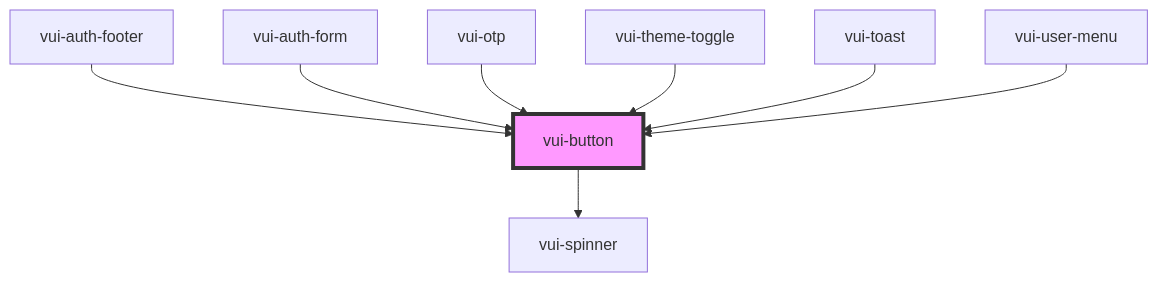
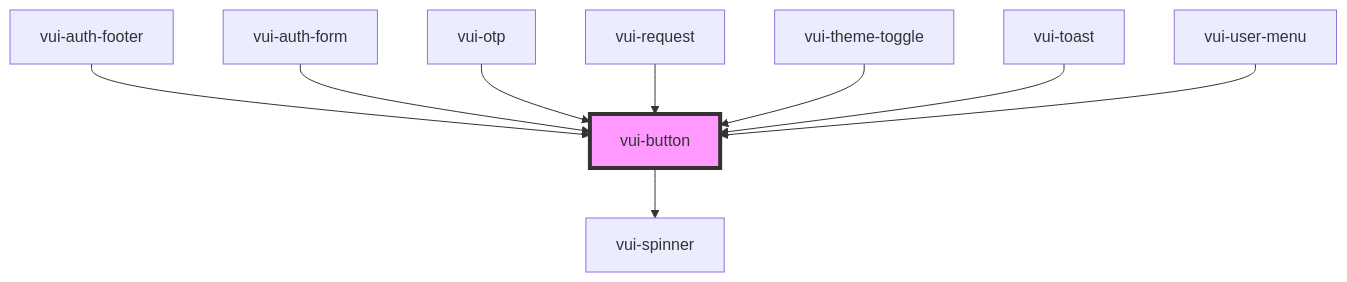
The diagram in packages/stencil-library/src/components/button/readme.md (verite-team/verite-elements), drawn with Mermaid before and after one commit. The commit also changed other lines of this file and 14 other files, not shown here.

````diff
--- a/packages/stencil-library/src/components/button/readme.md
+++ b/packages/stencil-library/src/components/button/readme.md
@@ -51,11 +52,12 @@
 ```mermaid
 graph TD;
   vui-button --> vui-spinner
   vui-auth-footer --> vui-button
   vui-auth-form --> vui-button
   vui-otp --> vui-button
+  vui-request --> vui-button
   vui-theme-toggle --> vui-button
   vui-toast --> vui-button
   vui-user-menu --> vui-button
   style vui-button fill:#f9f,stroke:#333,stroke-width:4px
 ```
````
